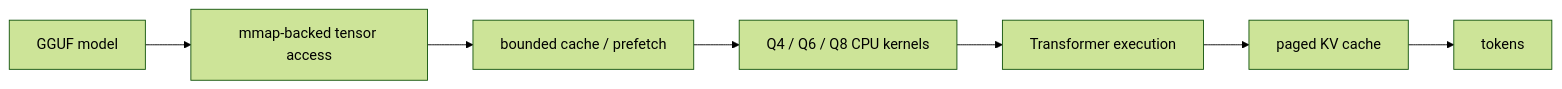
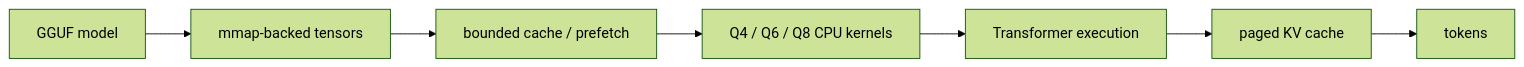
Before and after one commit to sauravsingla/MemVanta: the diagram in README.md, drawn with Mermaid (forest theme). The commit also changed other lines of this file, not shown here.

````diff
--- a/README.md
+++ b/README.md
@@ -115,9 +79,9 @@
 ```mermaid
 flowchart LR
-    A[GGUF model] --> B[mmap-backed tensor access]
+    A[GGUF model] --> B[mmap-backed tensors]
     B --> C[bounded cache / prefetch]
     C --> D[Q4 / Q6 / Q8 CPU kernels]
     D --> E[Transformer execution]
     E --> F[paged KV cache]
     F --> G[tokens]
 ```
````
